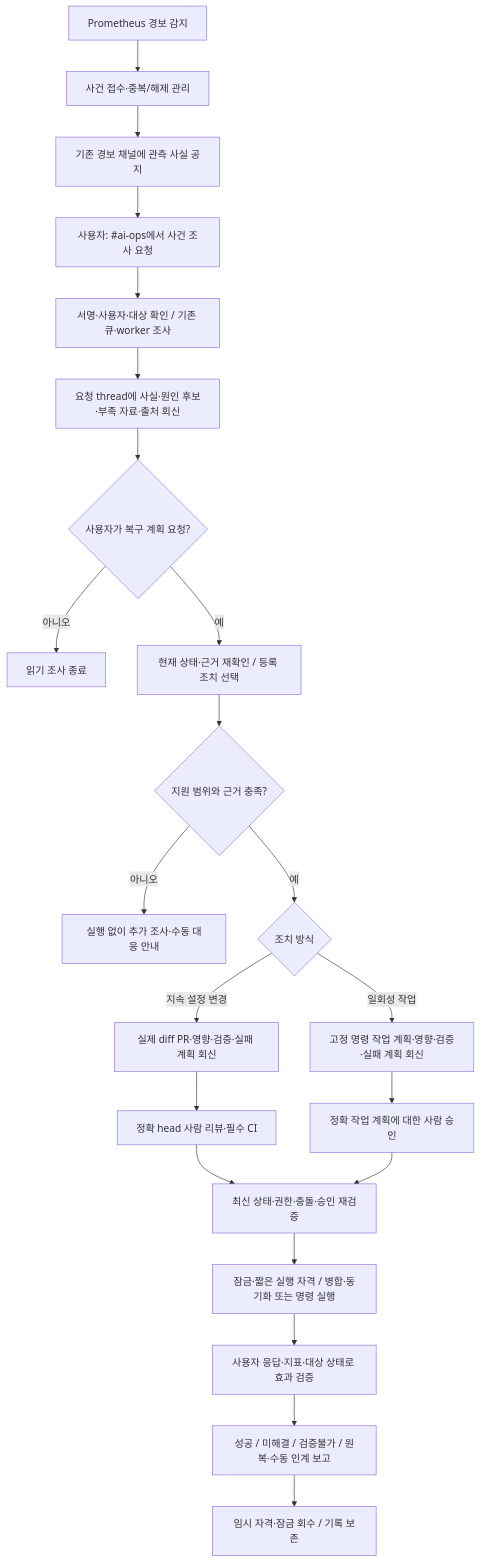
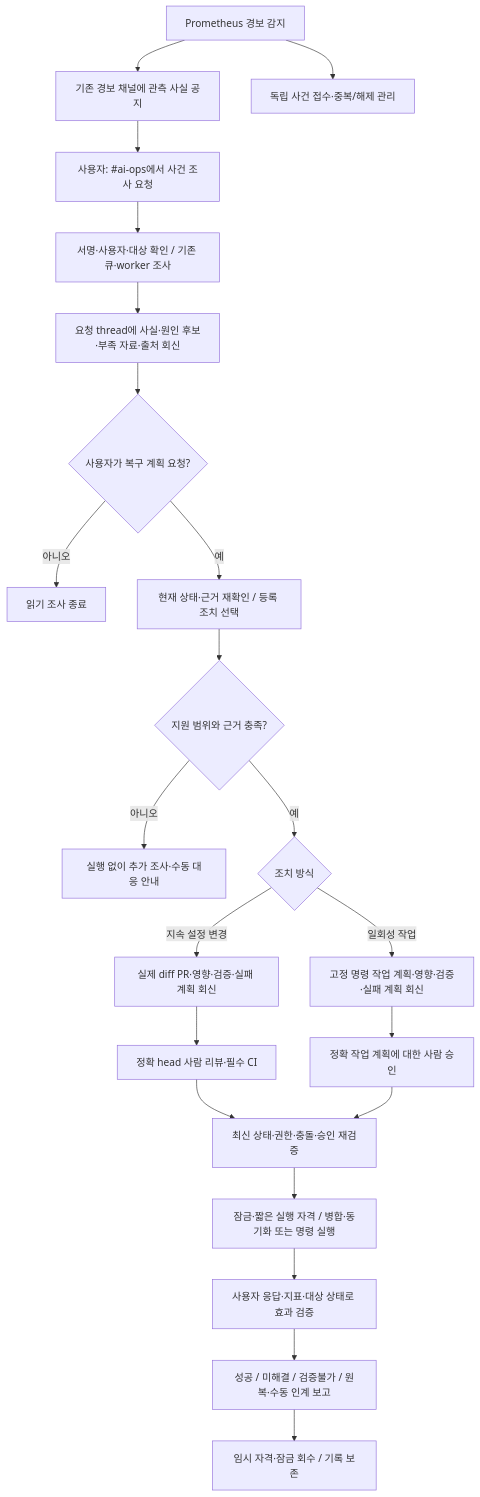
The diagram in ai-ops/docs/incident-workflow-and-improvement-plan-20261118.md (joungGo/url-shortener-ai-ops), drawn with Mermaid before and after one commit. The commit also changed other lines of this file and 21 other files, not shown here.

````diff
--- a/ai-ops/docs/incident-workflow-and-improvement-plan-20261118.md
+++ b/ai-ops/docs/incident-workflow-and-improvement-plan-20261118.md
@@ -71,24 +71,24 @@
 ```mermaid
 flowchart TD
- A[Prometheus 경보 감지] --> B[사건 접수·중복/해제 관리]
- B --> C[기존 경보 채널에 관측 사실 공지]
+ A[Prometheus 경보 감지] --> C[기존 경보 채널에 관측 사실 공지]
+ A --> B[독립 사건 접수·중복/해제 관리]
  C --> D[사용자: #ai-ops에서 사건 조사 요청]
  D --> E[서명·사용자·대상 확인 / 기존 큐·worker 조사]
  E --> F[요청 thread에 사실·원인 후보·부족 자료·출처 회신]
  F --> G{사용자가 복구 계획 요청?}
  G -->|아니오| H[읽기 조사 종료]
  G -->|예| I[현재 상태·근거 재확인 / 등록 조치 선택]
  I --> J{지원 범위와 근거 충족?}
  J -->|아니오| K[실행 없이 추가 조사·수동 대응 안내]
  J -->|예| L{조치 방식}
  L -->|지속 설정 변경| M[실제 diff PR·영향·검증·실패 계획 회신]
  L -->|일회성 작업| N[고정 명령 작업 계획·영향·검증·실패 계획 회신]
  M --> O[정확 head 사람 리뷰·필수 CI]
  N --> P[정확 작업 계획에 대한 사람 승인]
  O --> Q[최신 상태·권한·충돌·승인 재검증]
  P --> Q
  Q --> R[잠금·짧은 실행 자격 / 병합·동기화 또는 명령 실행]
  R --> S[사용자 응답·지표·대상 상태로 효과 검증]
  S --> T[성공 / 미해결 / 검증불가 / 원복·수동 인계 보고]
  T --> U[임시 자격·잠금 회수 / 기록 보존]
 ```
````
